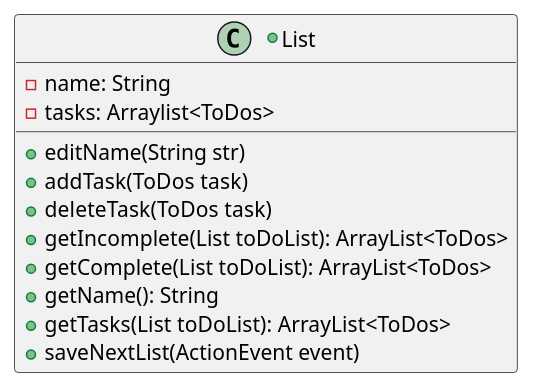
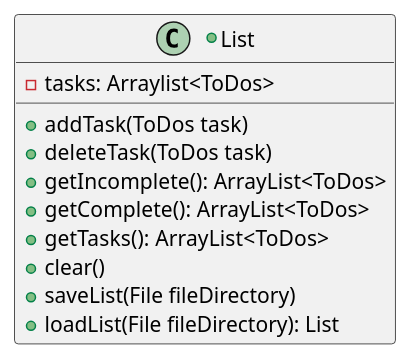
Before and after one commit to mel4ni3/ehrlich-cop3330-assignment4part2: the diagram in uml/List.puml, drawn with PlantUML. The commit also changed 13 other files, not shown here.

```diff
--- a/uml/List.puml
+++ b/uml/List.puml
@@ -1,18 +1,17 @@
 @startuml
 'https://plantuml.com/class-diagram
 
 +class List {
-- name: String
 - tasks: Arraylist<ToDos>
-+ editName(String str)
 + addTask(ToDos task)
 + deleteTask(ToDos task)
-+ getIncomplete(List toDoList): ArrayList<ToDos>
-+ getComplete(List toDoList): ArrayList<ToDos>
-+ getName(): String
-+ getTasks(List toDoList): ArrayList<ToDos>
-+ saveNextList(ActionEvent event)
++ getIncomplete(): ArrayList<ToDos>
++ getComplete(): ArrayList<ToDos>
++ getTasks(): ArrayList<ToDos>
++ clear()
++ saveList(File fileDirectory)
++ loadList(File fileDirectory): List
 
 }
 
 @enduml
```
